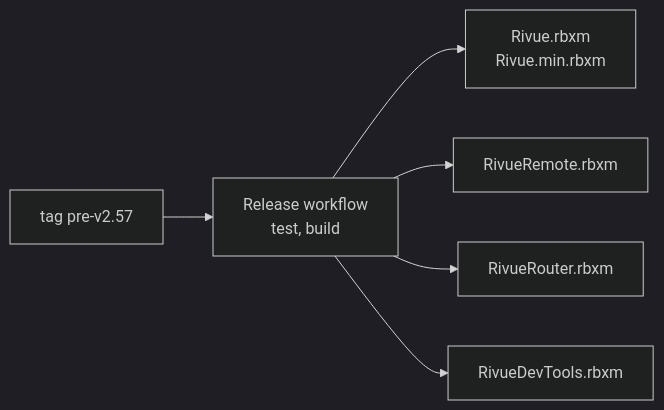
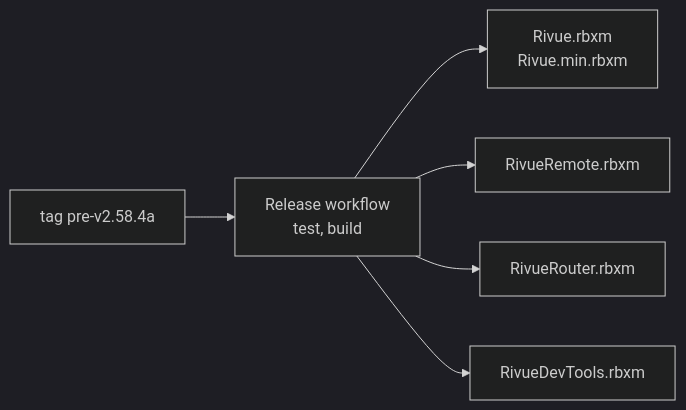
Before and after one commit to linhisreal/Rivue: the first of 2 diagrams in docs/RELEASING.md, drawn with Mermaid (dark theme). The commit also changed other lines of this file and 12 other files, not shown here.

````diff
--- a/docs/RELEASING.md
+++ b/docs/RELEASING.md
@@ -17,8 +19,8 @@
 ```mermaid
 flowchart LR
-    T["tag pre-v2.57"] --> W["Release workflow<br/>test, build"]
+    T["tag pre-v2.58.4a"] --> W["Release workflow<br/>test, build"]
     W --> R1["Rivue.rbxm<br/>Rivue.min.rbxm"]
     W --> R2["RivueRemote.rbxm"]
     W --> R4["RivueRouter.rbxm"]
     W --> R3["RivueDevTools.rbxm"]
 ```
````
